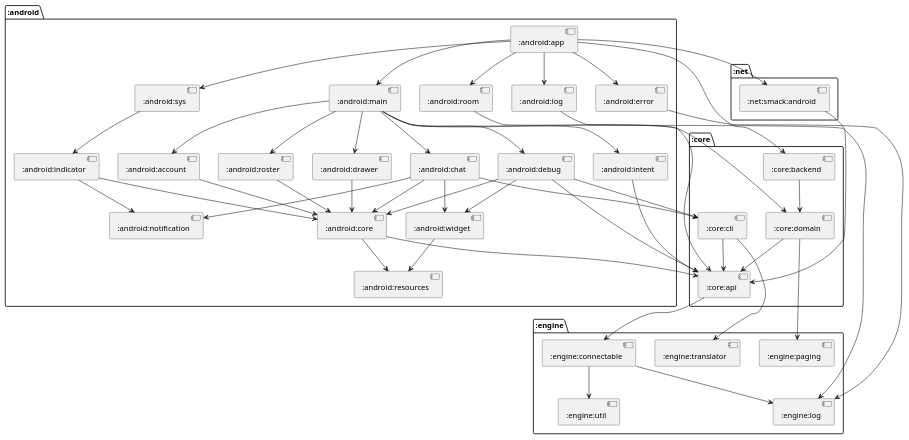
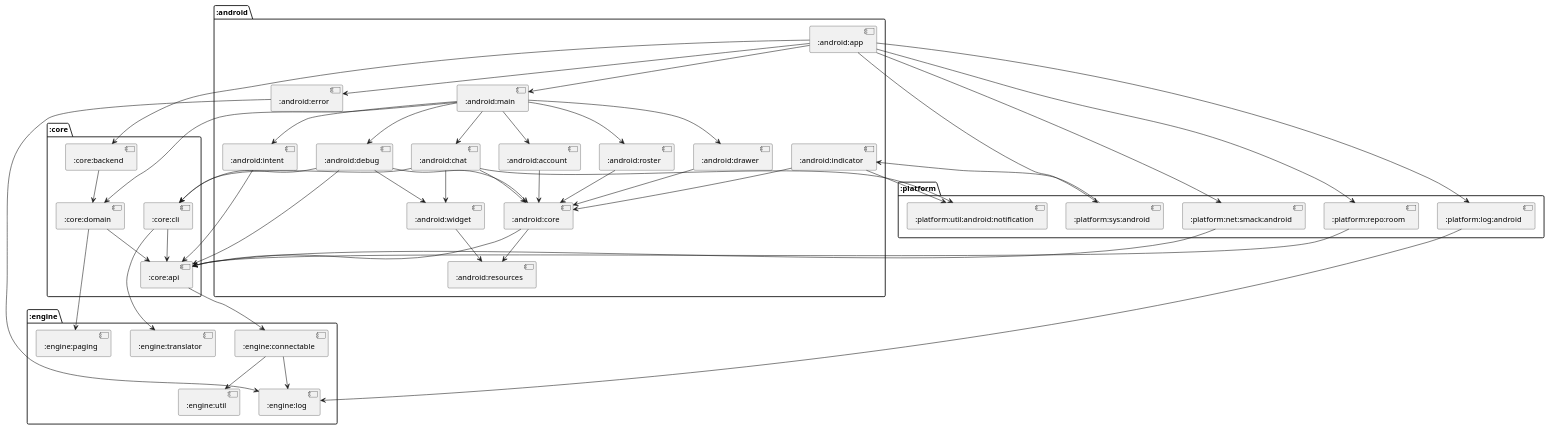
Before and after one commit to cryptopunkscc/crypton: the diagram in docs/modules/puml/:android:app.puml, drawn with PlantUML. The commit also changed 137 other files, not shown here.

```diff
--- a/docs/modules/puml/:android:app.puml
+++ b/docs/modules/puml/:android:app.puml
@@ -1,81 +1,81 @@
 @startuml
 package ":core" {
 [:core:backend]
 [:core:domain]
 [:core:api]
 [:core:cli]
 }
-package ":net" {
-[:net:smack:android]
+package ":platform" {
+[:platform:net:smack:android]
+[:platform:repo:room]
+[:platform:sys:android]
+[:platform:log:android]
+[:platform:util:android:notification]
 }
 package ":android" {
-[:android:room]
-[:android:sys]
-[:android:log]
 [:android:error]
 [:android:main]
 [:android:indicator]
 [:android:core]
-[:android:notification]
 [:android:resources]
 [:android:debug]
 [:android:intent]
 [:android:account]
 [:android:roster]
 [:android:chat]
 [:android:drawer]
 [:android:widget]
 [:android:app]
 }
 package ":engine" {
 [:engine:paging]
 [:engine:connectable]
 [:engine:util]
 [:engine:log]
 [:engine:translator]
 }
 [:core:backend] --> [:core:domain]
-[:net:smack:android] --> [:core:api]
-[:android:room] --> [:core:api]
-[:android:sys] --> [:android:indicator]
-[:android:log] --> [:engine:log]
+[:platform:net:smack:android] --> [:core:api]
+[:platform:repo:room] --> [:core:api]
+[:platform:sys:android] --> [:android:indicator]
+[:platform:log:android] --> [:engine:log]
 [:android:error] --> [:engine:log]
 [:android:main] --> [:android:debug]
 [:android:main] --> [:android:intent]
 [:android:main] --> [:android:account]
 [:android:main] --> [:android:roster]
 [:android:main] --> [:android:chat]
 [:android:main] --> [:android:drawer]
 [:android:main] --> [:core:domain]
 [:core:domain] --> [:engine:paging]
 [:core:domain] --> [:core:api]
 [:core:api] --> [:engine:connectable]
 [:engine:connectable] --> [:engine:util]
 [:engine:connectable] --> [:engine:log]
 [:android:indicator] --> [:android:core]
-[:android:indicator] --> [:android:notification]
+[:android:indicator] --> [:platform:util:android:notification]
 [:android:core] --> [:core:api]
 [:android:core] --> [:android:resources]
 [:android:debug] --> [:core:api]
 [:android:debug] --> [:core:cli]
 [:android:debug] --> [:android:core]
 [:android:debug] --> [:android:widget]
 [:android:intent] --> [:core:api]
 [:android:account] --> [:android:core]
 [:android:roster] --> [:android:core]
 [:android:chat] --> [:android:core]
-[:android:chat] --> [:android:notification]
+[:android:chat] --> [:platform:util:android:notification]
 [:android:chat] --> [:android:widget]
 [:android:chat] --> [:core:cli]
 [:android:drawer] --> [:android:core]
 [:core:cli] --> [:engine:translator]
 [:core:cli] --> [:core:api]
 [:android:widget] --> [:android:resources]
 [:android:app] --> [:core:backend]
-[:android:app] --> [:net:smack:android]
-[:android:app] --> [:android:room]
-[:android:app] --> [:android:sys]
-[:android:app] --> [:android:log]
+[:android:app] --> [:platform:net:smack:android]
+[:android:app] --> [:platform:repo:room]
+[:android:app] --> [:platform:sys:android]
+[:android:app] --> [:platform:log:android]
 [:android:app] --> [:android:error]
 [:android:app] --> [:android:main]
 @enduml
```
